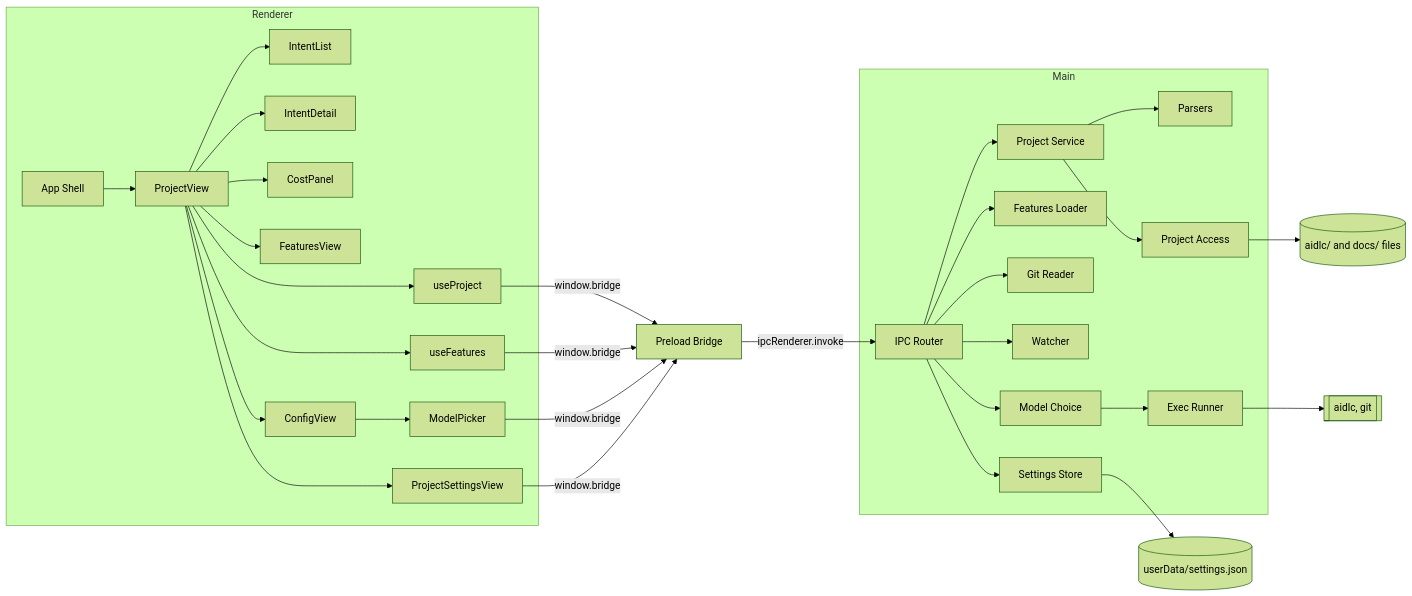
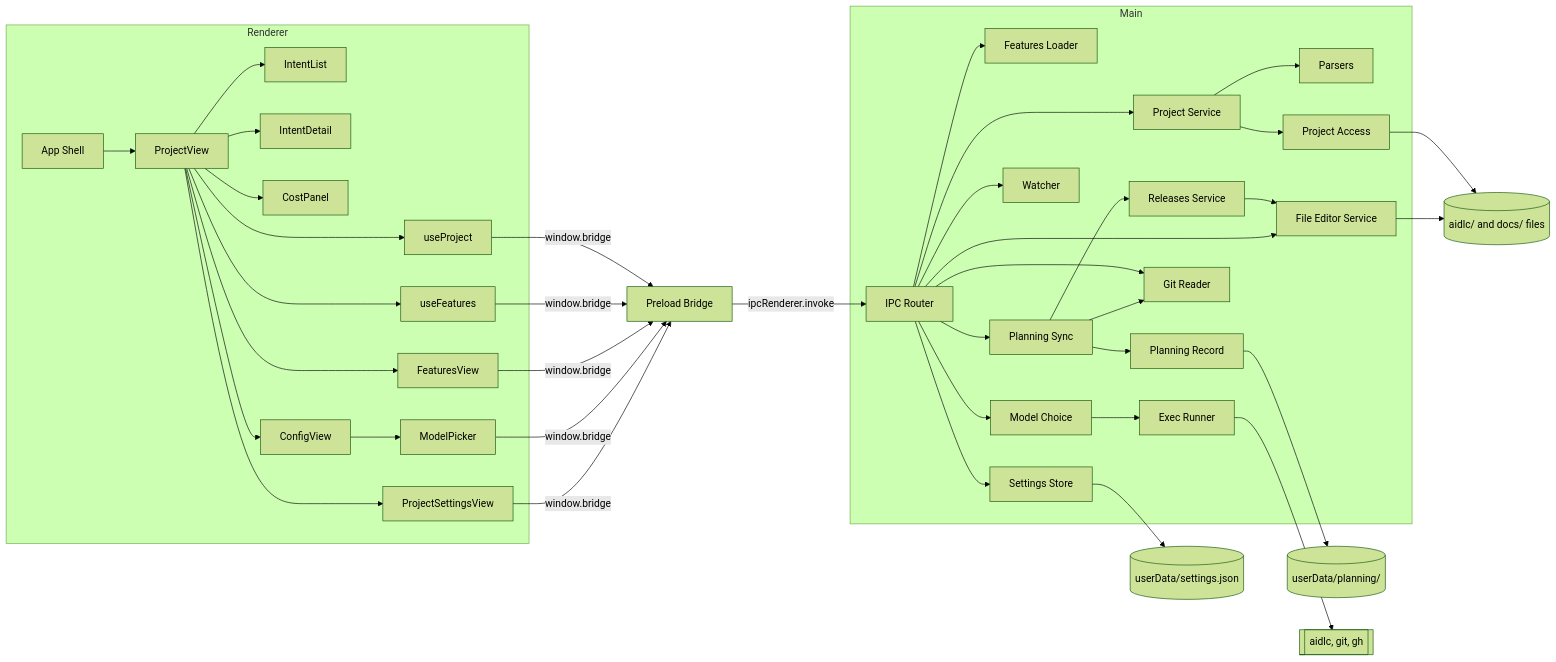
The first of 5 diagrams in aidlc/spaces/default/codekb/aidlc-dash/architecture.md (tochman/ai-dlc-thadeus), drawn with Mermaid (forest theme) before and after one commit. The commit also changed other lines of this file and 56 other files, not shown here.

````diff
--- a/aidlc/spaces/default/codekb/aidlc-dash/architecture.md
+++ b/aidlc/spaces/default/codekb/aidlc-dash/architecture.md
@@ -22,34 +22,43 @@
 ```mermaid
 flowchart LR
   subgraph Renderer
     App[App Shell] --> PV[ProjectView]
     PV --> IL[IntentList]
     PV --> ID[IntentDetail]
     PV --> CP[CostPanel]
     PV --> FV[FeaturesView]
     PV --> CV[ConfigView]
     PV --> PSV[ProjectSettingsView]
     CV --> MP[ModelPicker]
     PV --> UP[useProject]
     PV --> UF[useFeatures]
   end
   UP -->|window.bridge| PB[Preload Bridge]
   UF -->|window.bridge| PB
+  FV -->|window.bridge| PB
   MP -->|window.bridge| PB
   PSV -->|window.bridge| PB
   PB -->|ipcRenderer.invoke| IPC[IPC Router]
   subgraph Main
     IPC --> PS[Project Service]
     PS --> PR[Parsers]
     PS --> PA[Project Access]
     IPC --> FL[Features Loader]
+    IPC --> PSY[Planning Sync]
+    PSY --> PRC[Planning Record]
+    PSY --> RS[Releases Service]
+    RS --> FWS[File Editor Service]
+    IPC --> FWS
     IPC --> GIT[Git Reader]
+    PSY --> GIT
     IPC --> W[Watcher]
     IPC --> MC[Model Choice]
     IPC --> SS[Settings Store]
     MC --> EX[Exec Runner]
   end
   PA --> FS[(aidlc/ and docs/ files)]
+  FWS --> FS
   SS --> UD[(userData/settings.json)]
-  EX --> CLI[[aidlc, git]]
+  PRC --> UD2[(userData/planning/)]
+  EX --> CLI[[aidlc, git, gh]]
 ```
````
